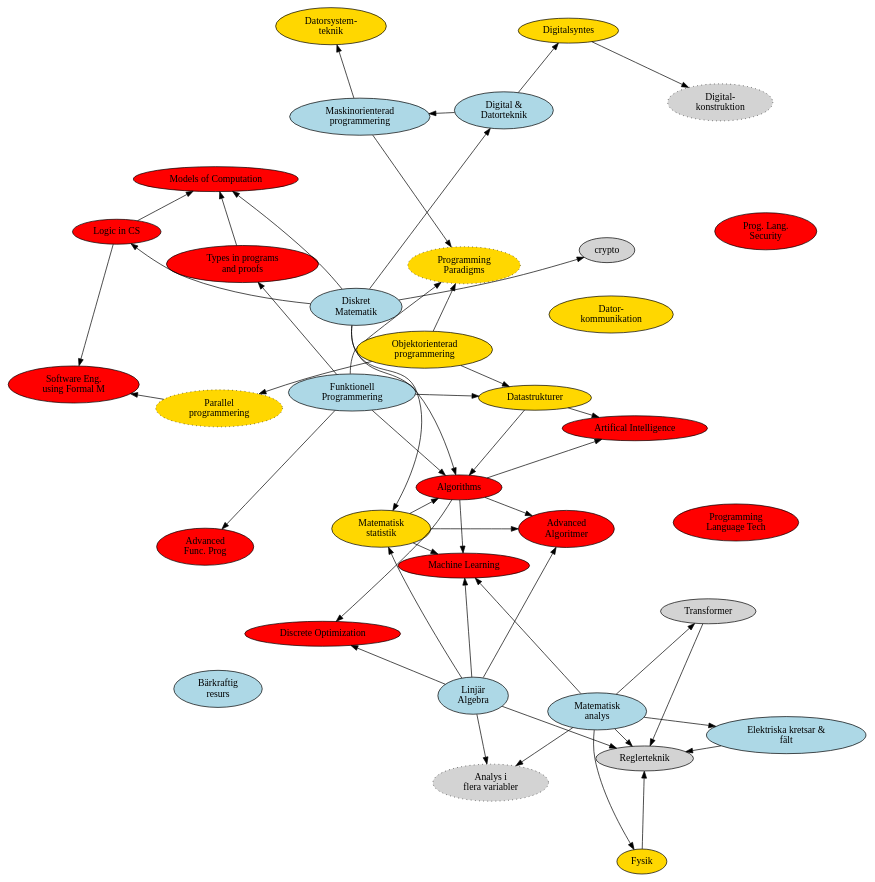
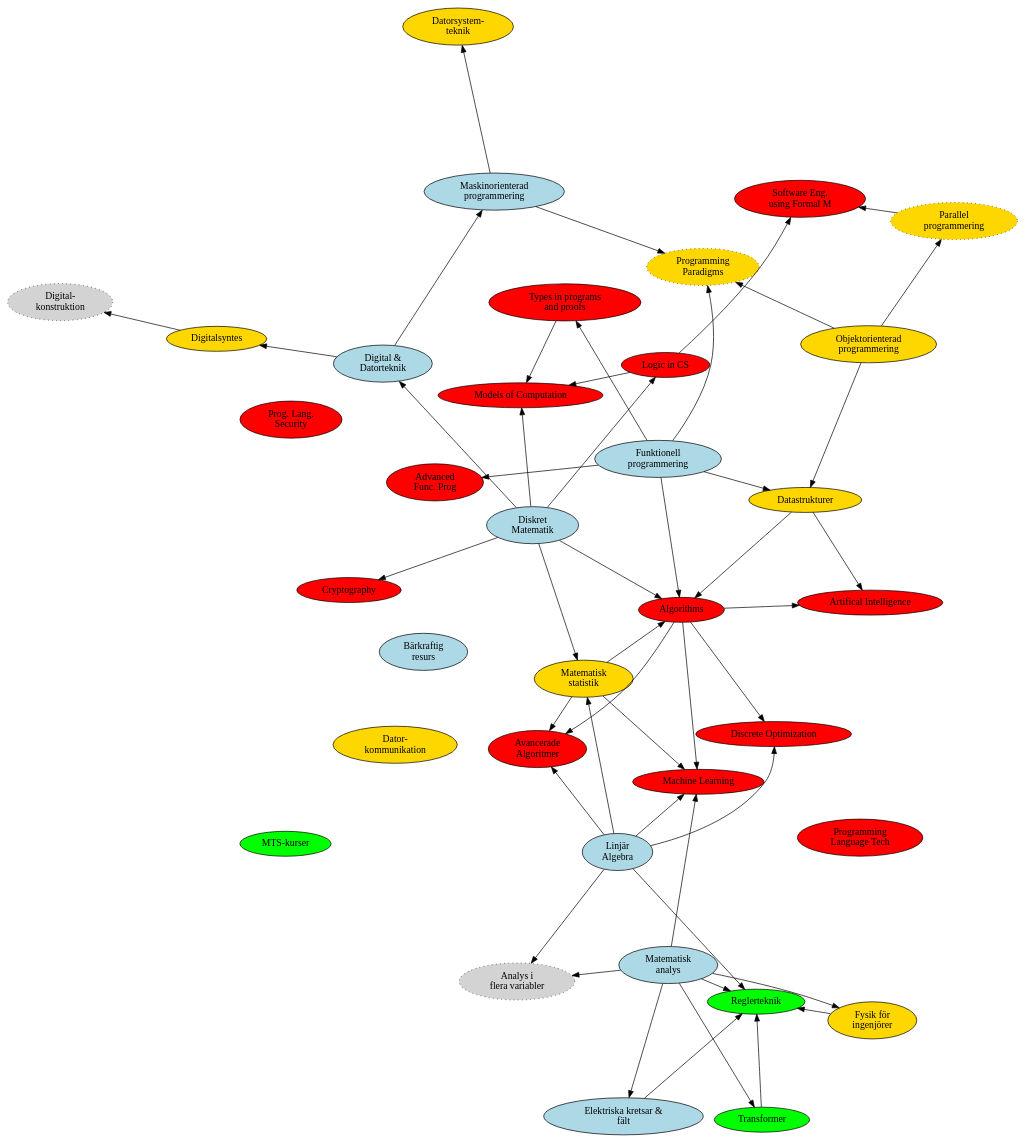
One commit to dtekcth/snd-kursgraf changed the diagram in kursgraf.dot. Above: the diagram before and after it, drawn with Graphviz. The commit also changed 1 other file, not shown here.

Commit message:
fixat lite kurser

```diff
--- a/kursgraf.dot
+++ b/kursgraf.dot
@@ -1,119 +1,128 @@
 digraph G
 {
-	layout=fdp
-	nodesep=1
+	layout=neato
+	//nodesep=1
 	splines=true
 	overlap=prism 
 	node [style="solid,filled"]
 
 	
 
 	//TKDAT-1
 	subgraph {
+		rank = same
 		node [fillcolor="lightblue"]
-		haskell [label = "Funktionell\nProgrammering"]
+		haskell [label = "Funktionell\nprogrammering"]
 		diskmat [label = "Diskret\nMatematik"]
 		linalg [label = "Linjär\nAlgebra"]
 		digodat [label = "Digital &\nDatorteknik"]
 		analys [label = "Matematisk\nanalys"]
 		mop [label = "Maskinorienterad\nprogrammering"]
 		el [label = "Elektriska kretsar &\nfält"]
 		barsaft [label = "Bärkraftig\nresurs"]
 	}
 	
 	diskmat -> digodat
 	digodat -> mop
 	analys -> el
 
 	//TKDAT-2
 	subgraph {
+		rank = same
 		node [fillcolor="gold1"]
 		matstat [label = "Matematisk\nstatistik"]
 		oop [label = "Objektorienterad\nprogrammering"]
-		fysik [label = "Fysik"]
+		fysik [label = "Fysik för\ningenjörer"]
 		dstrukt [label = "Datastrukturer"]
 		syntes [label = "Digitalsyntes"]
 		subgraph {
 			node [style="dotted, filled"]
 			pp [label = "Programming\nParadigms"]
 			concurrent [label = "Parallel\nprogrammering"]
 		}
 		dst [ label = "Datorsystem-\nteknik"]
 		datakom [label = "Dator-\nkommunikation"]
 	}
 	haskell -> pp
 	haskell -> dstrukt
 	oop -> dstrukt
 	oop -> concurrent
 	oop -> pp
 	mop -> pp
 	digodat -> syntes
 	mop -> dst
 	analys -> fysik
 	linalg -> matstat
 	diskmat -> matstat
 	
 	//TKDAT-3
-	tss [label = "Transformer"]
-	regler [label = "Reglerteknik"]
+	subgraph {
+		rank = same
+		node [fillcolor = "green1"]
+		tss [label = "Transformer"]
+		regler [label = "Reglerteknik"]
+		mts [label = "MTS-kurser"]
+	}
 	tss -> regler
 	analys -> tss
 	analys -> regler
 	fysik -> regler
 	el -> regler
 	linalg -> regler
 	
 	//CSALL
-    subgraph {
-        node [style ="filled", fillcolor="red"]
-        advAlg [label = "Advanced \n Algoritmer"]
-        advFunc [label = "Advanced \n Func. Prog"]
-        logik [label = "Logic in CS"]
-        prolang [label = "Programming \n Language Tech"]
-        ml [label = "Machine Learning"]
-        softEng [label ="Software Eng. \n using Formal M"]
-        discopt [label = "Discrete Optimization"]
-        ai [label ="Artifical Intelligence"]
-        models [label ="Models of Computation"]
-        langsecurity [label ="Prog. Lang. \n Security"]
-        types [label = "Types in programs \n and proofs "]
-        algoritmer [label ="Algorithms"]
-    }
-    diskmat -> models
-    logik -> models
-    diskmat -> crypto
-    haskell -> types
-    types -> models
-    algoritmer -> discopt
-    linalg -> discopt
-    concurrent -> softEng
-    logik -> softEng
-    //behövs denna? stat -> algoritmer -> advalg
-    diskmat -> logik
-    matstat -> advAlg
-    linalg -> advAlg
-    algoritmer -> advAlg
-    algoritmer -> ml
-    analys -> ml
-    matstat -> ml
-    linalg -> ml
-    haskell -> advFunc
-    dstrukt -> ai
-    algoritmer -> ai
+	subgraph {
+		rank = same
+		node [style ="filled", fillcolor="red"]
+		advAlg [label = "Avancerade\nAlgoritmer"]
+		advFunc [label = "Advanced \n Func. Prog"]
+		logik [label = "Logic in CS"]
+		prolang [label = "Programming \n Language Tech"]
+		ml [label = "Machine Learning"]
+		softEng [label ="Software Eng. \n using Formal M"]
+		discopt [label = "Discrete Optimization"]
+		ai [label ="Artifical Intelligence"]
+		models [label ="Models of Computation"]
+		langsecurity [label ="Prog. Lang. \n Security"]
+		types [label = "Types in programs \n and proofs "]
+		algoritmer [label ="Algorithms"]
+		crypto [label = "Cryptography"]
+	}
+	diskmat -> models
+	logik -> models
+	diskmat -> crypto
+	haskell -> types
+	types -> models
+	algoritmer -> discopt
+	linalg -> discopt
+	concurrent -> softEng
+	logik -> softEng
+	//behövs denna? stat -> algoritmer -> advalg
+	diskmat -> logik
+	matstat -> advAlg
+	linalg -> advAlg
+	algoritmer -> advAlg
+	algoritmer -> ml
+	analys -> ml
+	matstat -> ml
+	linalg -> ml
+	haskell -> advFunc
+	dstrukt -> ai
+	algoritmer -> ai
    
    //Valbara
 	subgraph {
 		node [style="dotted, filled"]
 		flervar [label = "Analys i\nflera variabler"]
 		digkonstr [label = "Digital-\nkonstruktion"]
 	}
 	syntes -> digkonstr
 	linalg -> flervar
 	analys -> flervar
 	dstrukt -> algoritmer
 	haskell -> algoritmer
 	diskmat -> algoritmer
 	matstat -> algoritmer
 
 
 }	
```
